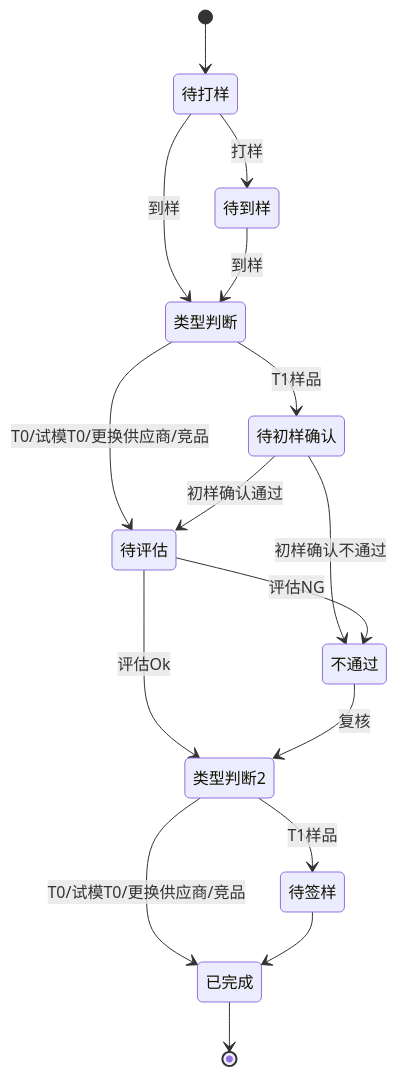
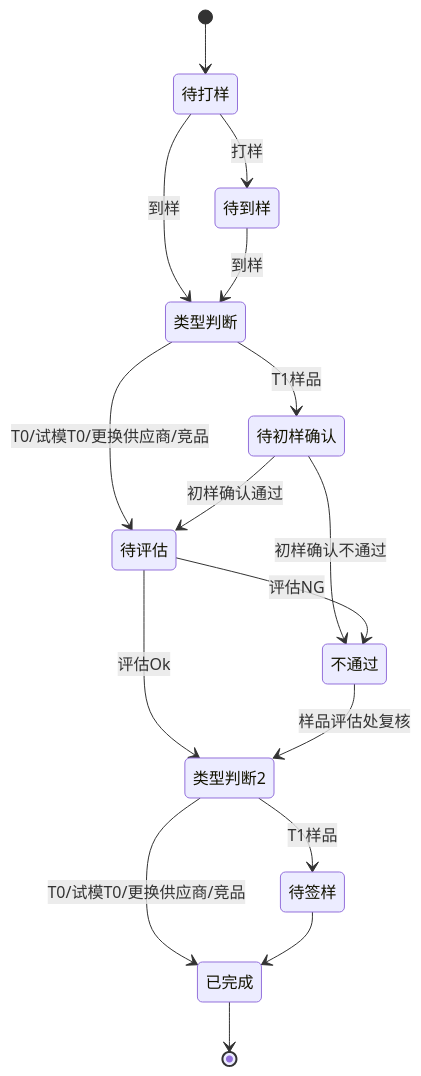
The diagram in content/产品开发/样品需求管理/样品需求管理全局说明.md (attentiontt/att-ob), drawn with Mermaid before and after one commit. The commit also changed other lines of this file and 12 other files, not shown here.

````diff
--- a/content/产品开发/样品需求管理/样品需求管理全局说明.md
+++ b/content/产品开发/样品需求管理/样品需求管理全局说明.md
@@ -13,27 +14,27 @@
 ```mermaid
 stateDiagram-v2
 
     [*] --> 待打样
     待打样 --> 待到样 : 打样
     待打样 --> 类型判断 : 到样
     待到样 --> 类型判断 : 到样
 
     类型判断 --> 待初样确认 : T1样品
     类型判断 --> 待评估 : T0/试模T0/更换供应商/竞品
 
     待初样确认 --> 待评估 : 初样确认通过
     待初样确认 --> 不通过 : 初样确认不通过
 
     待评估 --> 不通过 : 评估NG
     待评估 --> 类型判断2 : 评估Ok
 
 
     类型判断2 --> 待签样 : T1样品
     类型判断2 --> 已完成 : T0/试模T0/更换供应商/竞品
 
     待签样 --> 已完成
 
-    不通过 --> 类型判断2 : 复核
+    不通过 --> 类型判断2 : 样品评估处复核
 
     已完成 --> [*]
 ```
````
